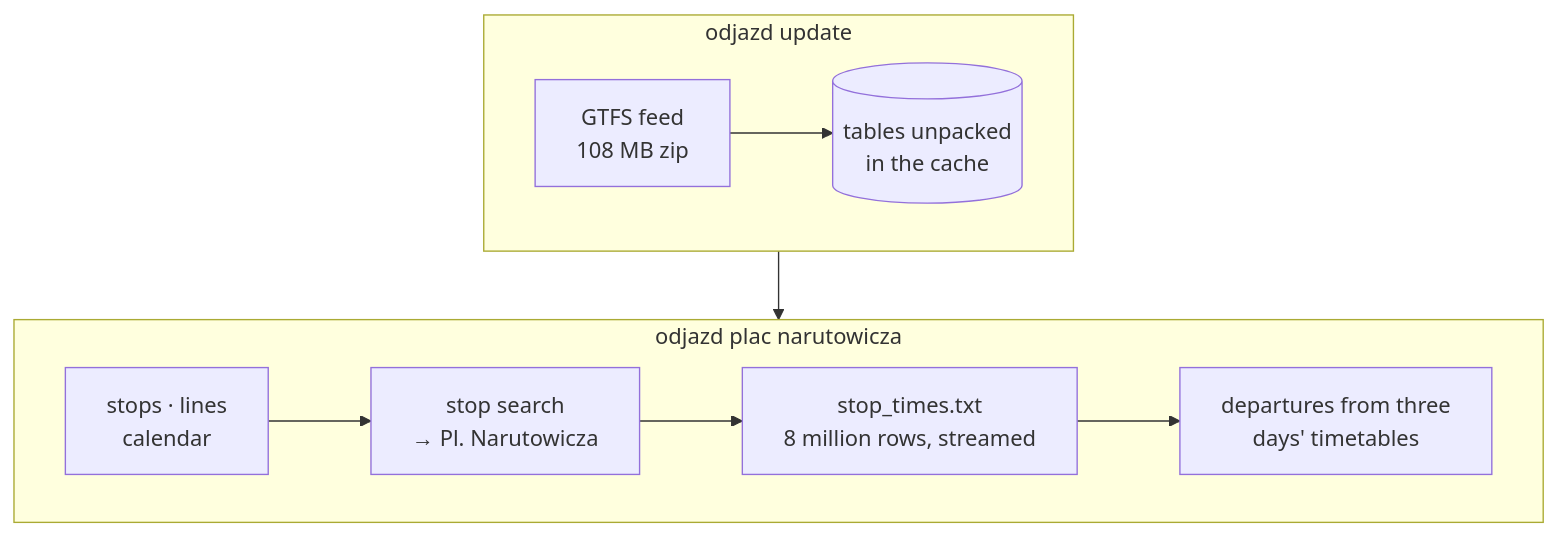
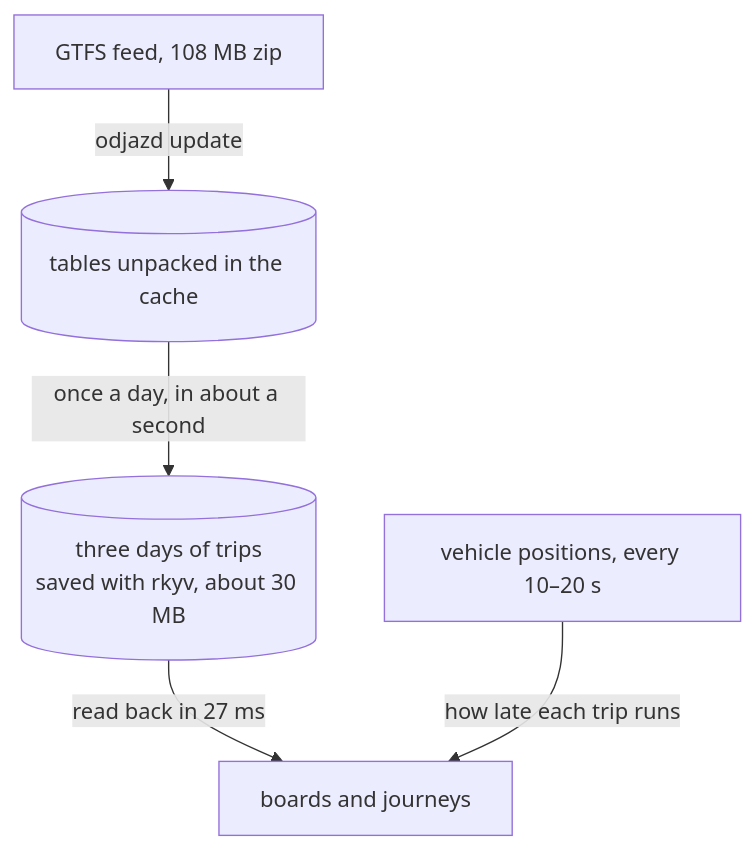
One commit to bar2sh/odjazd changed the first of 2 diagrams in README.md. Above: the diagram before and after it, drawn with Mermaid. The commit also changed other lines of this file and 12 other files, not shown here.

First line of the commit message:
Read the saved timetable, benchmark the engine, and call it 1.0 (#6)

````diff
--- a/README.md
+++ b/README.md
@@ -149,14 +165,7 @@
 ```mermaid
 flowchart TB
-    subgraph update ["odjazd update"]
-        direction LR
-        feed["GTFS feed<br/>108 MB zip"] --> cache[("tables unpacked<br/>in the cache")]
-    end
-    subgraph query ["odjazd plac narutowicza"]
-        direction LR
-        small["stops · lines<br/>calendar"] --> search["stop search<br/>→ Pl. Narutowicza"]
-        search --> scan["stop_times.txt<br/>8 million rows, streamed"]
-        scan --> board["departures from three<br/>days' timetables"]
-    end
-    update --> query
+    feed["GTFS feed, 108 MB zip"] -->|odjazd update| tables[("tables unpacked in the cache")]
+    tables -->|"once a day, in about a second"| saved[("three days of trips<br/>saved with rkyv, about 30 MB")]
+    saved -->|read back in 27 ms| answer["boards and journeys"]
+    gps["vehicle positions, every 10–20 s"] -->|how late each trip runs| answer
 ```
````
